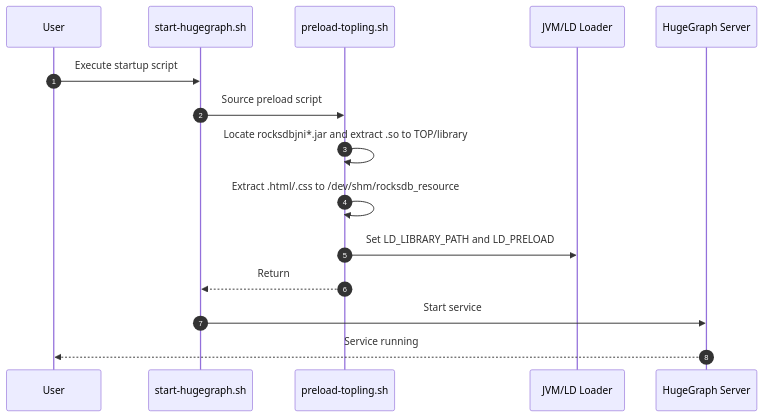
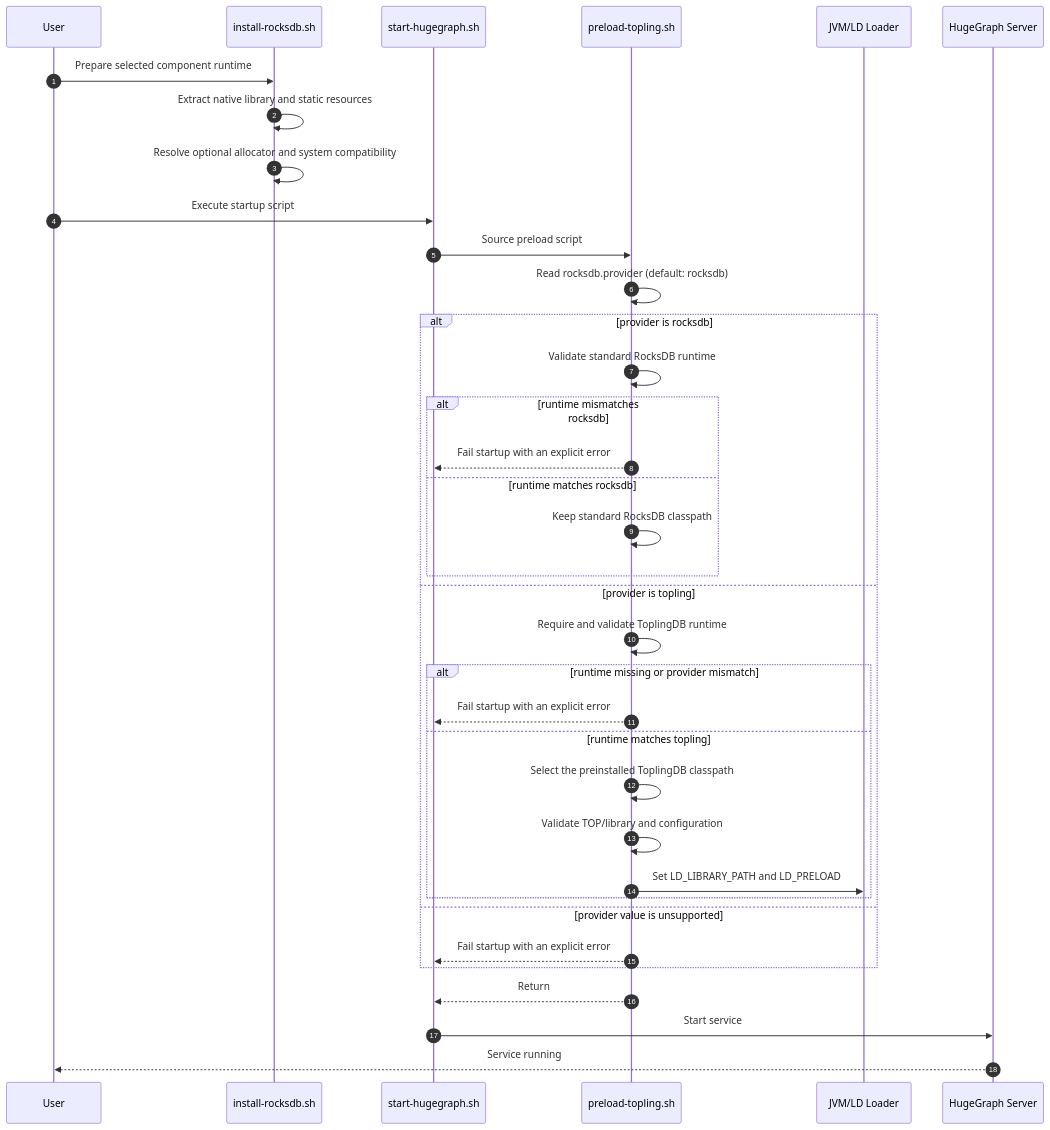
Before and after one commit to hugegraph/hugegraph: the first of 4 diagrams in .specs/hugegraph-server/ToplingDB/design.md, drawn with Mermaid. The commit also changed other lines of this file and 18 other files, not shown here.

````diff
--- a/.specs/hugegraph-server/ToplingDB/design.md
+++ b/.specs/hugegraph-server/ToplingDB/design.md
@@ -22,18 +31,39 @@
 ```mermaid
 sequenceDiagram
   autonumber
   participant User as User
+  participant Install as install-rocksdb.sh
   participant StartSh as start-hugegraph.sh
   participant Preload as preload-topling.sh
   participant JVM as JVM/LD Loader
   participant Server as HugeGraph Server
 
+  User->>Install: Prepare selected component runtime
+  Install->>Install: Extract native library and static resources
+  Install->>Install: Resolve optional allocator and system compatibility
   User->>StartSh: Execute startup script
   StartSh->>Preload: Source preload script
-  Preload->>Preload: Locate rocksdbjni*.jar and extract .so to TOP/library
-  Preload->>Preload: Extract .html/.css to /dev/shm/rocksdb_resource
-  Preload->>JVM: Set LD_LIBRARY_PATH and LD_PRELOAD
+  Preload->>Preload: Read rocksdb.provider (default: rocksdb)
+  alt provider is rocksdb
+    Preload->>Preload: Validate standard RocksDB runtime
+    alt runtime mismatches rocksdb
+      Preload-->>StartSh: Fail startup with an explicit error
+    else runtime matches rocksdb
+      Preload->>Preload: Keep standard RocksDB classpath
+    end
+  else provider is topling
+    Preload->>Preload: Require and validate ToplingDB runtime
+    alt runtime missing or provider mismatch
+      Preload-->>StartSh: Fail startup with an explicit error
+    else runtime matches topling
+      Preload->>Preload: Select the preinstalled ToplingDB classpath
+      Preload->>Preload: Validate TOP/library and configuration
+      Preload->>JVM: Set LD_LIBRARY_PATH and LD_PRELOAD
+    end
+  else provider value is unsupported
+    Preload-->>StartSh: Fail startup with an explicit error
+  end
   Preload-->>StartSh: Return
   StartSh->>Server: Start service
   Server-->>User: Service running
 ```
````
